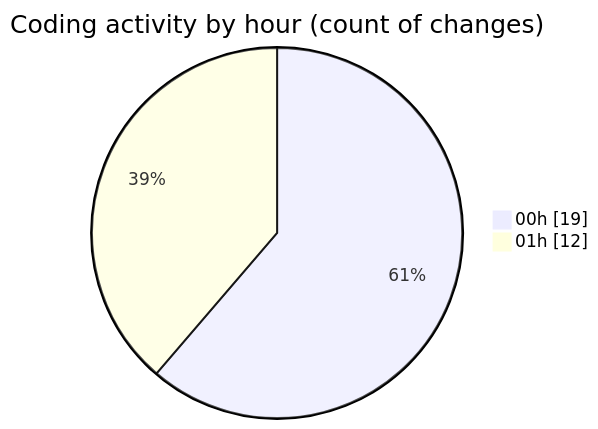
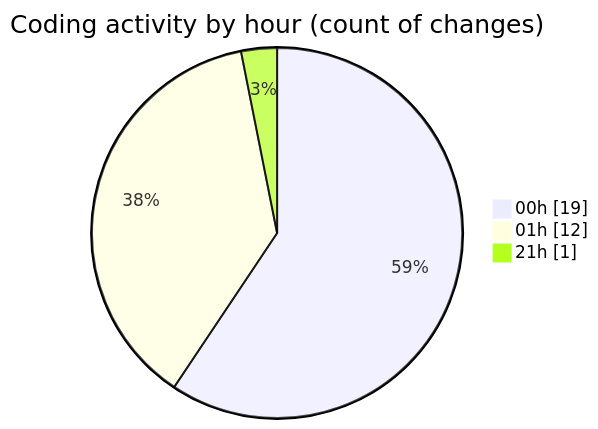
One commit to hasnaa123/code-tracking changed the second of 2 diagrams in 2025-12-11/technologie_web/README.md. Above: the diagram before and after it, drawn with Mermaid. The commit also changed other lines of this file and 1 other file, not shown here.

````diff
--- a/2025-12-11/technologie_web/README.md
+++ b/2025-12-11/technologie_web/README.md
@@ -33,6 +33,7 @@
 ```mermaid
 pie showData
 title Coding activity by hour (count of changes)
 "00h" : 19
 "01h" : 12
+"21h" : 1
 ```
````
